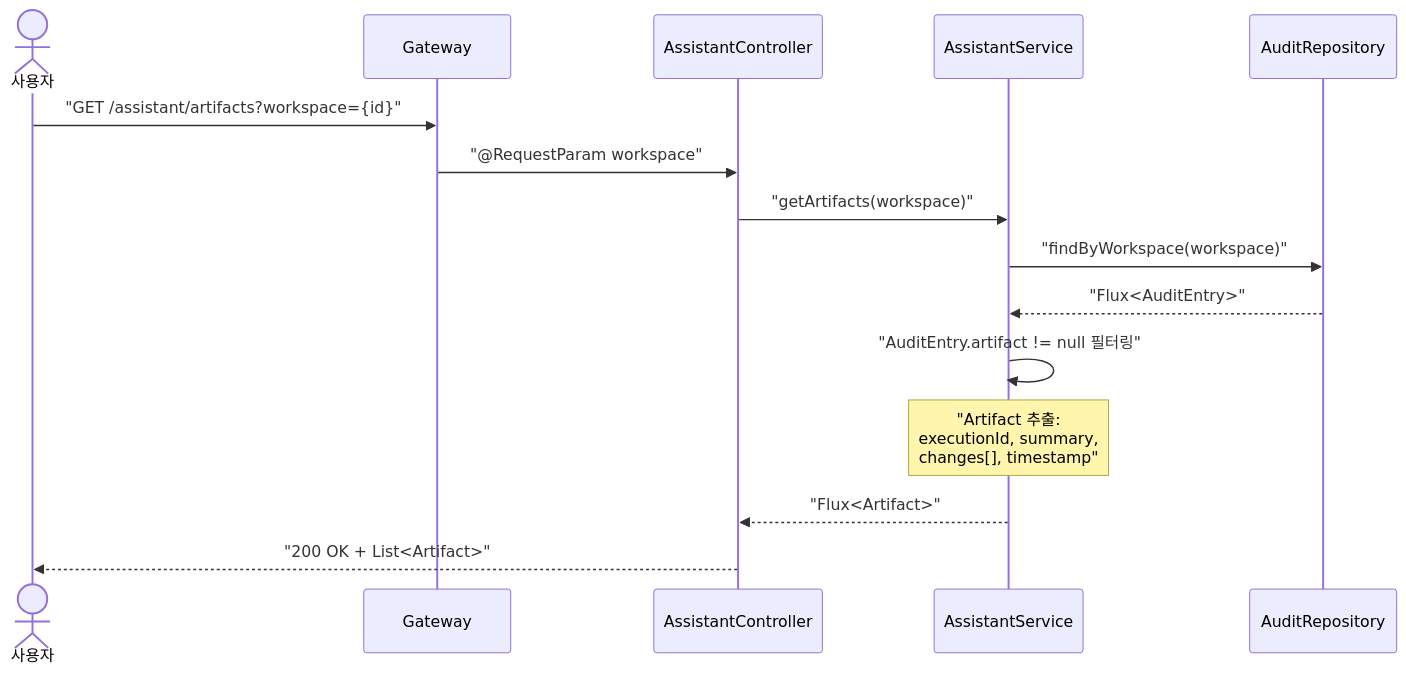
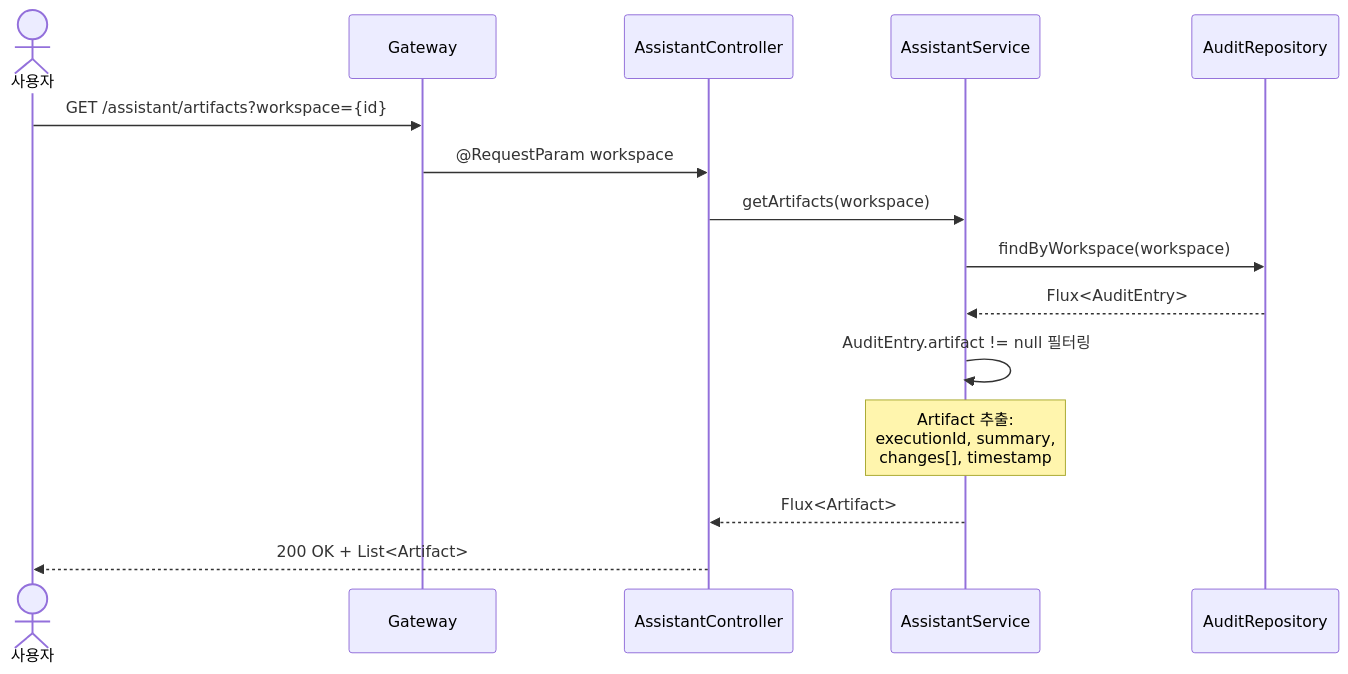
One commit to sayaya1090/handbook changed the ninth of 13 diagrams in assistant/USECASE.md. Above: the diagram before and after it, drawn with Mermaid. The commit also changed other lines of this file and 58 other files, not shown here.

````diff
--- a/assistant/USECASE.md
+++ b/assistant/USECASE.md
@@ -317,18 +317,18 @@
 ```mermaid
 sequenceDiagram
     actor User as 사용자
     participant GW as Gateway
     participant Ctrl as AssistantController
     participant Svc as AssistantService
     participant Repo as AuditRepository
 
-    User->>GW: "GET /assistant/artifacts?workspace={id}"
-    GW->>Ctrl: "@RequestParam workspace"
-    Ctrl->>Svc: "getArtifacts(workspace)"
-    Svc->>Repo: "findByWorkspace(workspace)"
-    Repo-->>Svc: "Flux<AuditEntry>"
-    Svc->>Svc: "AuditEntry.artifact != null 필터링"
-    Note over Svc: "Artifact 추출:<br/>executionId, summary,<br/>changes[], timestamp"
-    Svc-->>Ctrl: "Flux<Artifact>"
-    Ctrl-->>User: "200 OK + List<Artifact>"
+    User->>GW: GET /assistant/artifacts?workspace={id}
+    GW->>Ctrl: @RequestParam workspace
+    Ctrl->>Svc: getArtifacts(workspace)
+    Svc->>Repo: findByWorkspace(workspace)
+    Repo-->>Svc: Flux<AuditEntry>
+    Svc->>Svc: AuditEntry.artifact != null 필터링
+    Note over Svc: Artifact 추출:<br/>executionId, summary,<br/>changes[], timestamp
+    Svc-->>Ctrl: Flux<Artifact>
+    Ctrl-->>User: 200 OK + List<Artifact>
 ```
````
